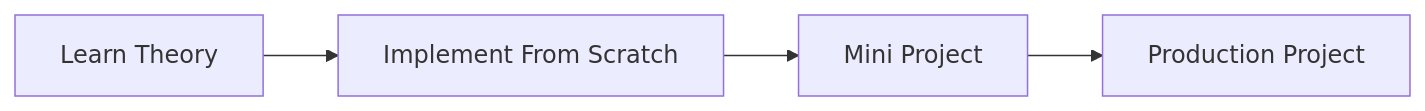
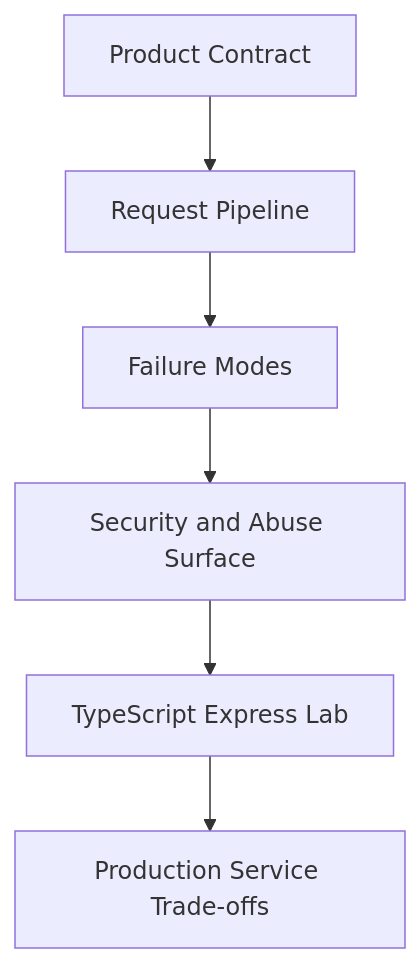
Before and after one commit to navdeeps120/Software-Engineering-Bible: the first of 2 diagrams in 07-Backend/README.md, drawn with Mermaid. The commit also changed other lines of this file and 493 other files, not shown here.

````diff
--- a/07-Backend/README.md
+++ b/07-Backend/README.md
@@ -14,6 +38,8 @@
 ```mermaid
-flowchart LR
-    A[Learn Theory] --> B[Implement From Scratch]
-    B --> C[Mini Project]
-    C --> D[Production Project]
+flowchart TD
+    Contract[Product Contract] --> Pipeline[Request Pipeline]
+    Pipeline --> Fail[Failure Modes]
+    Fail --> Abuse[Security and Abuse Surface]
+    Abuse --> Lab[TypeScript Express Lab]
+    Lab --> Ops[Production Service Trade-offs]
 ```
````
